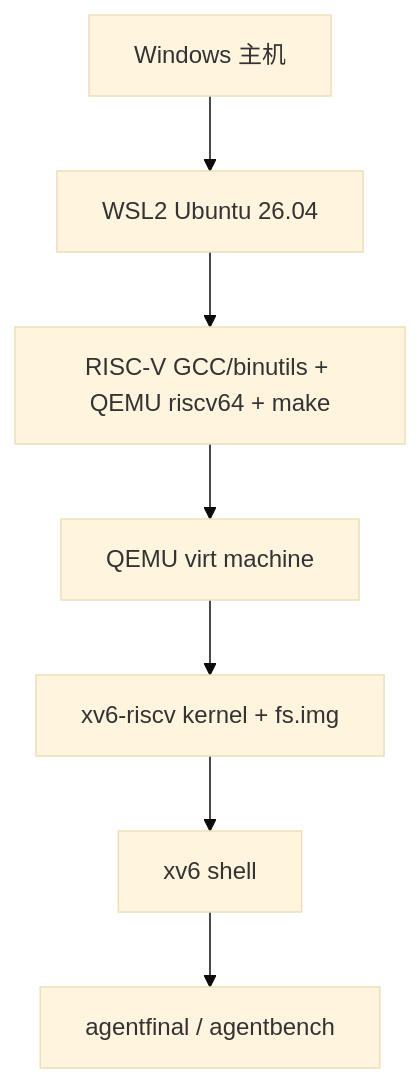
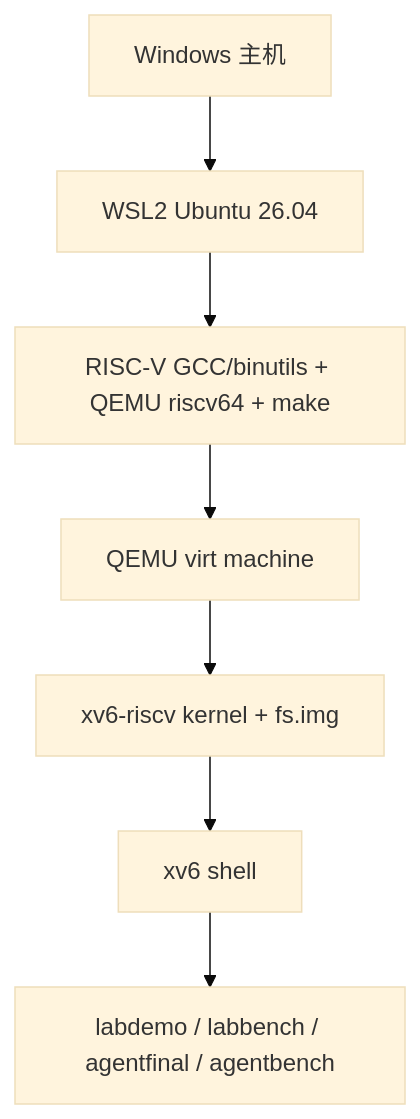
Before and after one commit to yushugulao/Agent-OS: the seventh of 7 diagrams in docs/design.md, drawn with Mermaid (base theme). The commit also changed other lines of this file and 39 other files, not shown here.

````diff
--- a/docs/design.md
+++ b/docs/design.md
@@ -183,11 +210,11 @@
 ```mermaid
 flowchart TB
     Host["Windows 主机"]
     WSL["WSL2 Ubuntu 26.04"]
     Toolchain["RISC-V GCC/binutils + QEMU riscv64 + make"]
     QEMU["QEMU virt machine"]
     XV6["xv6-riscv kernel + fs.img"]
     Shell["xv6 shell"]
-    Tests["agentfinal / agentbench"]
+    Tests["labdemo / labbench / agentfinal / agentbench"]
     Host --> WSL --> Toolchain --> QEMU --> XV6 --> Shell --> Tests
 ```
````
